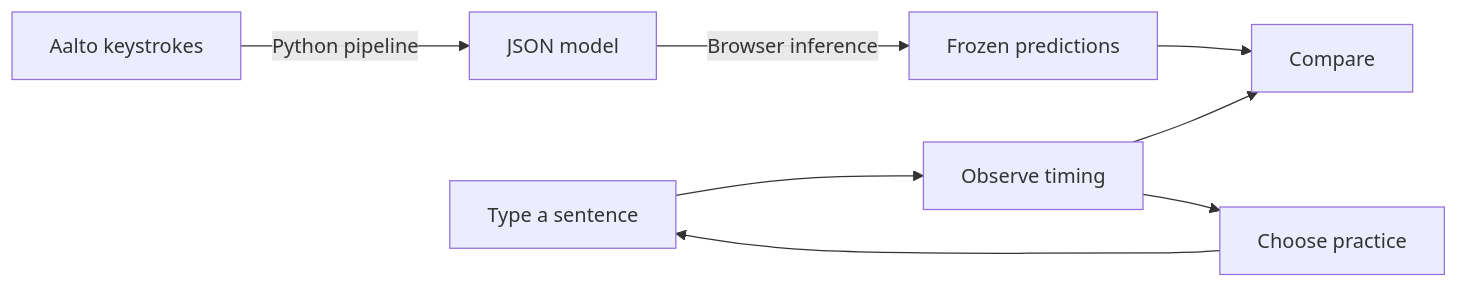
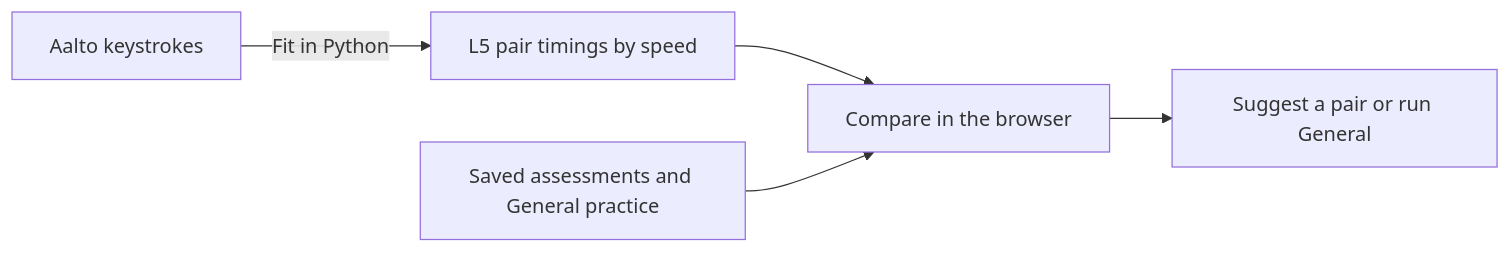
Before and after one commit to OwenC05/TypeForge: the diagram in README.md, drawn with Mermaid. The commit also changed other lines of this file and 4 other files, not shown here.

````diff
--- a/README.md
+++ b/README.md
@@ -9,7 +9,7 @@
 ```mermaid
 flowchart LR
-    A[Aalto keystrokes] -->|Python pipeline| M[JSON model] -->|Browser inference| F[Frozen predictions]
-    F --> C[Compare]
-    T[Type a sentence] --> O[Observe timing] --> C
-    O --> P[Choose practice] --> T
+    A[Aalto keystrokes] -->|Fit in Python| M[L5 pair timings by speed]
+    M --> C[Compare in the browser]
+    T[Saved assessments and General practice] --> C
+    C --> P[Suggest a pair or run General]
 ```
````
